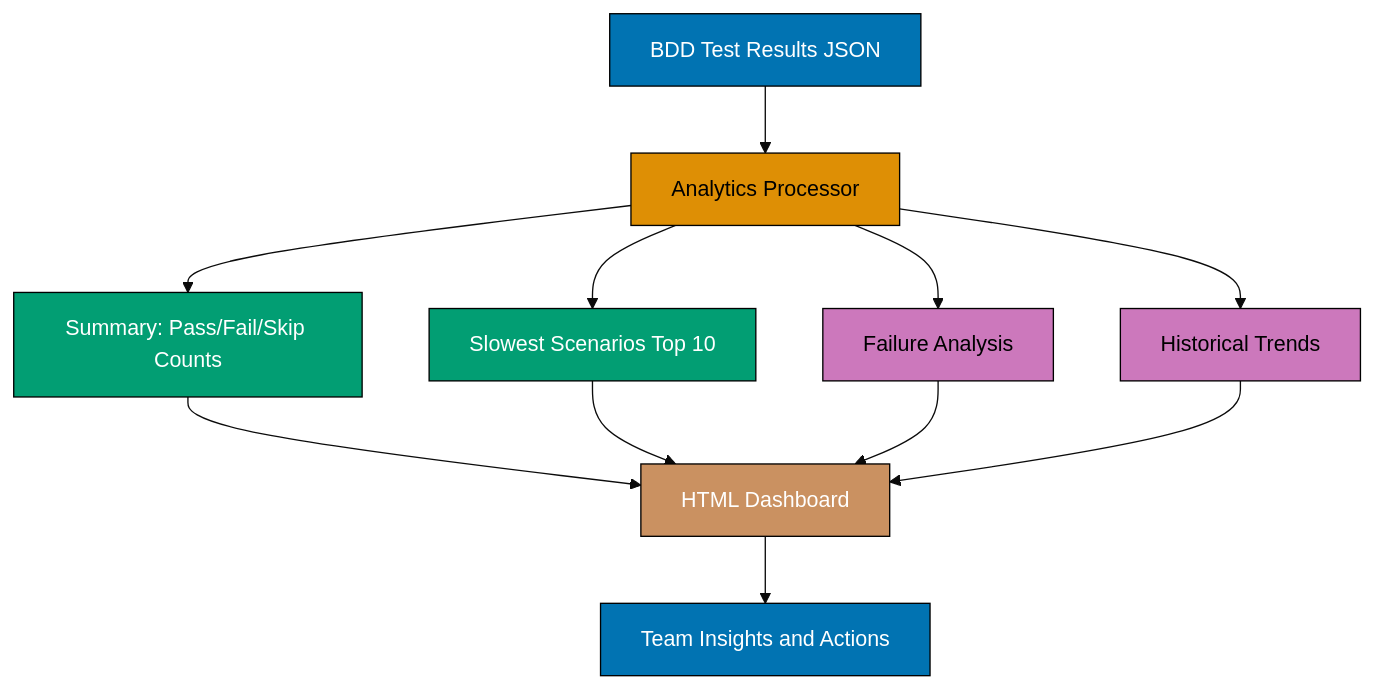
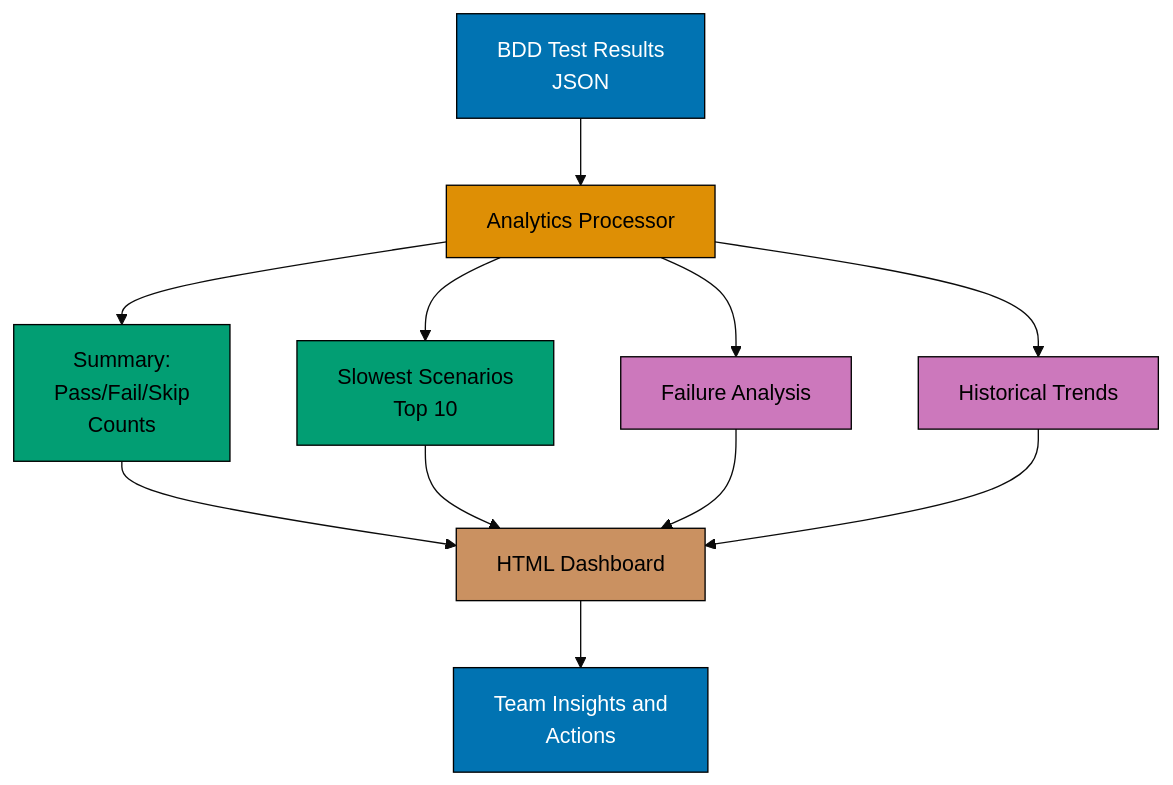
Before and after one commit to wahidyankf/ose-public: the seventh of 9 diagrams in apps/ayokoding-www/content/en/learn/legacy/software-engineering/development/behavior-driven-development-bdd/by-example/intermediate.md, drawn with Mermaid (base theme). The commit also changed other lines of this file and 78 other files, not shown here.

First line of the commit message:
fix(mermaid): bring the remaining legacy software-engineering diagrams onto the accessible palette

````diff
--- a/apps/ayokoding-www/content/en/learn/legacy/software-engineering/development/behavior-driven-development-bdd/by-example/intermediate.md
+++ b/apps/ayokoding-www/content/en/learn/legacy/software-engineering/development/behavior-driven-development-bdd/by-example/intermediate.md
@@ -5841,23 +5875,31 @@
 ```mermaid
 %% Color Palette: Blue #0173B2, Orange #DE8F05, Teal #029E73, Purple #CC78BC, Brown #CA9161
 graph TD
-    A[BDD Test Results JSON] --> B[Analytics Processor]
-    B --> C[Summary: Pass/Fail/Skip Counts]
-    B --> D[Slowest Scenarios Top 10]
+    accTitle: Diagram
+    accDescr: Graph with 8 nodes and 10 connections. Nodes: BDD Test Results JSON, Analytics Processor, Summary: Pass/Fail/Skip Counts, Slowest Scenarios Top 10, Failure Analysis, Historical Trends, HTML Dashboard, Team Insights and Actions. Connections: BDD Test Results JSON to Analytics Processor, Analytics Processor to Summary: Pass/Fail/Skip Counts, Analytics Processor to Slowest Scenarios Top 10, Analytics Processor to Failure Analysis, Analytics Processor to Historical Trends, Summary: Pass/Fail/Skip Counts to HTML Dashboard, Slowest Scenarios Top 10 to HTML Dashboard, Failure Analysis to HTML Dashboard, Historical Trends to HTML Dashboard, HTML Dashboard to Team Insights and Actions.
+    A[BDD Test Results<br/>JSON] --> B[Analytics Processor]
+    B --> C[Summary:<br/>Pass/Fail/Skip<br/>Counts]
+    B --> D[Slowest Scenarios<br/>Top 10]
     B --> E[Failure Analysis]
     B --> F[Historical Trends]
     C --> G[HTML Dashboard]
     D --> G
     E --> G
     F --> G
-    G --> H[Team Insights and Actions]
+    G --> H[Team Insights and<br/>Actions]
 
-    style A fill:#0173B2,stroke:#000,color:#fff
-    style B fill:#DE8F05,stroke:#000,color:#000
-    style C fill:#029E73,stroke:#000,color:#fff
-    style D fill:#029E73,stroke:#000,color:#fff
-    style E fill:#CC78BC,stroke:#000,color:#000
-    style F fill:#CC78BC,stroke:#000,color:#000
-    style G fill:#CA9161,stroke:#000,color:#fff
-    style H fill:#0173B2,stroke:#000,color:#fff
+    classDef pal-0173B2 fill:#0173B2,stroke:#000000,color:#FFFFFF
+    class A pal-0173B2
+    classDef pal-DE8F05 fill:#DE8F05,stroke:#000000,color:#000000
+    class B pal-DE8F05
+    classDef pal-029E73 fill:#029E73,stroke:#000000,color:#000000
+    class C pal-029E73
+    class D pal-029E73
+    classDef pal-CC78BC fill:#CC78BC,stroke:#000000,color:#000000
+    class E pal-CC78BC
+    class F pal-CC78BC
+    classDef pal-CA9161 fill:#CA9161,stroke:#000000,color:#000000
+    class G pal-CA9161
+    class H pal-0173B2
+    classDef default fill:#FFFFFF,stroke:#000000,color:#000000
 ```
````
